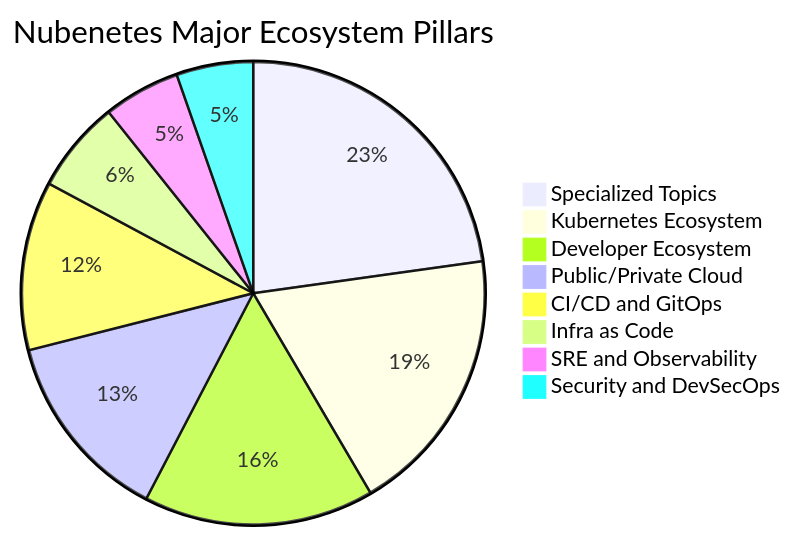
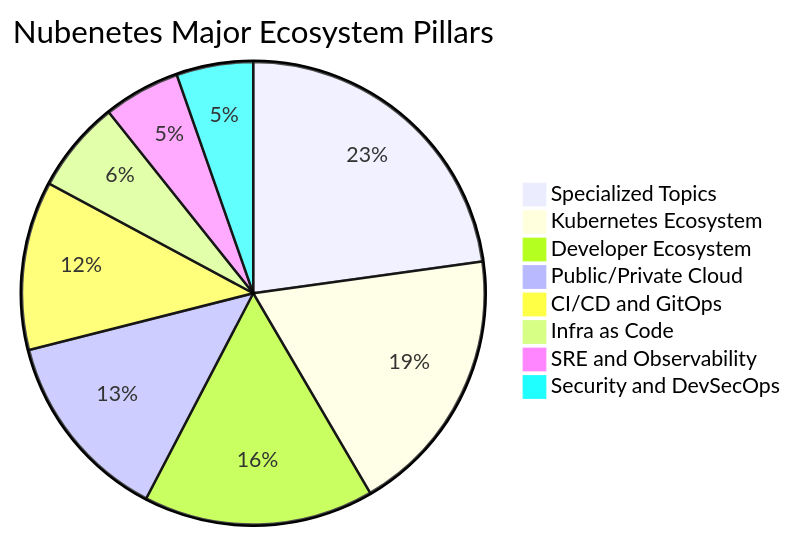
The second of 14 diagrams in README.md (sec-js/awesome-kubernetes), drawn with Mermaid before and after one commit. The commit also changed other lines of this file, not shown here.

````diff
--- a/README.md
+++ b/README.md
@@ -221,11 +221,11 @@
 ```mermaid
 pie title Nubenetes Major Ecosystem Pillars
-    "Specialized Topics" : 4249
+    "Specialized Topics" : 4255
     "Kubernetes Ecosystem" : 3500
     "Developer Ecosystem" : 3000
     "Public/Private Cloud" : 2500
     "CI/CD and GitOps" : 2200
     "Infra as Code" : 1200
     "SRE and Observability" : 1000
     "Security and DevSecOps" : 1000
 ```
````
